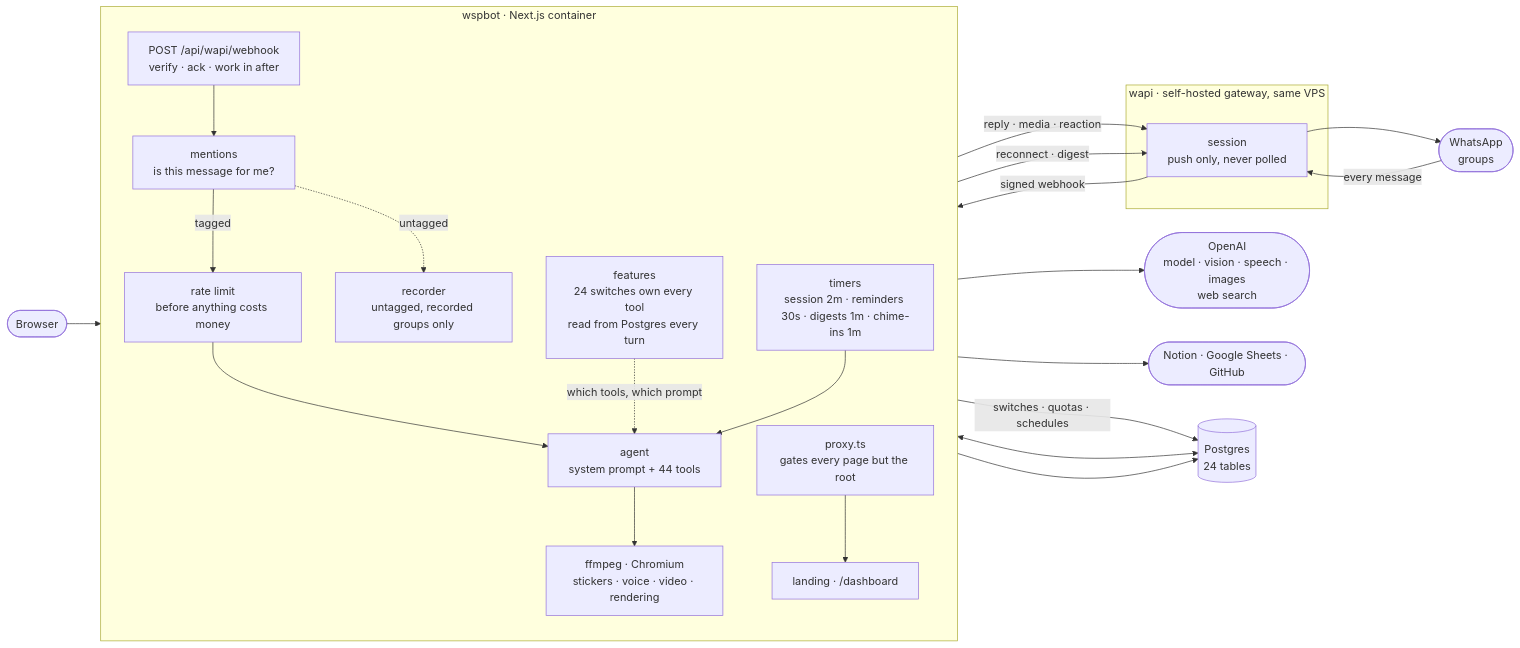
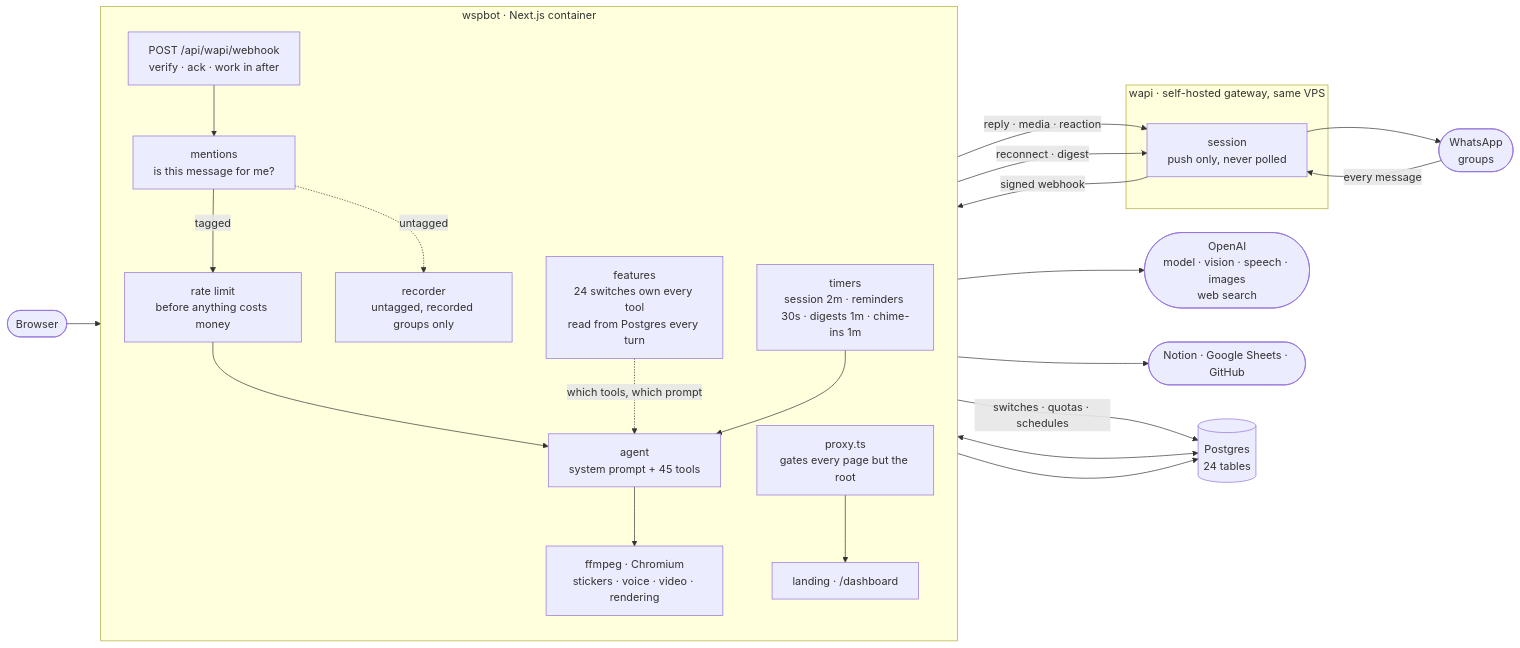
The first of 2 diagrams in README.md (Jibaru/wspbot), drawn with Mermaid before and after one commit. The commit also changed other lines of this file and 8 other files, not shown here.

````diff
--- a/README.md
+++ b/README.md
@@ -67,47 +67,47 @@
 ```mermaid
 flowchart LR
     WA(["WhatsApp<br/>groups"])
     BROWSER(["Browser"])
     OPENAI(["OpenAI<br/>model · vision · speech · images<br/>web search"])
     EXT(["Notion · Google Sheets · GitHub"])
 
     subgraph gw["wapi · self-hosted gateway, same VPS"]
         SESSION["session<br/>push only, never polled"]
     end
 
     subgraph app["wspbot · Next.js container"]
         direction TB
         HOOK["POST /api/wapi/webhook<br/>verify · ack · work in after"]
         GATE["mentions<br/>is this message for me?"]
         LIMIT["rate limit<br/>before anything costs money"]
         REC["recorder<br/>untagged, recorded groups only"]
-        AGENT["agent<br/>system prompt + 44 tools"]
+        AGENT["agent<br/>system prompt + 45 tools"]
         TIMERS["timers<br/>session 2m · reminders 30s · digests 1m · chime-ins 1m"]
         FEAT["features<br/>24 switches own every tool<br/>read from Postgres every turn"]
         FF["ffmpeg · Chromium<br/>stickers · voice · video · rendering"]
         PROXY["proxy.ts<br/>gates every page but the root"]
         PAGES["landing · /dashboard"]
     end
 
     PG[("Postgres<br/>24 tables")]
 
     WA -->|"every message"| SESSION
     SESSION -->|"signed webhook"| HOOK
     HOOK --> GATE
     GATE -->|"tagged"| LIMIT
     GATE -.->|"untagged"| REC
     LIMIT --> AGENT
     FEAT -.->|"which tools, which prompt"| AGENT
     AGENT --> OPENAI
     AGENT --> FF
     AGENT --> EXT
     AGENT -->|"reply · media · reaction"| SESSION
     SESSION --> WA
 
     BROWSER --> PROXY --> PAGES
     PAGES -->|"switches · quotas · schedules"| PG
     AGENT <--> PG
     REC --> PG
     TIMERS --> AGENT
     TIMERS -->|"reconnect · digest"| SESSION
 ```
````
